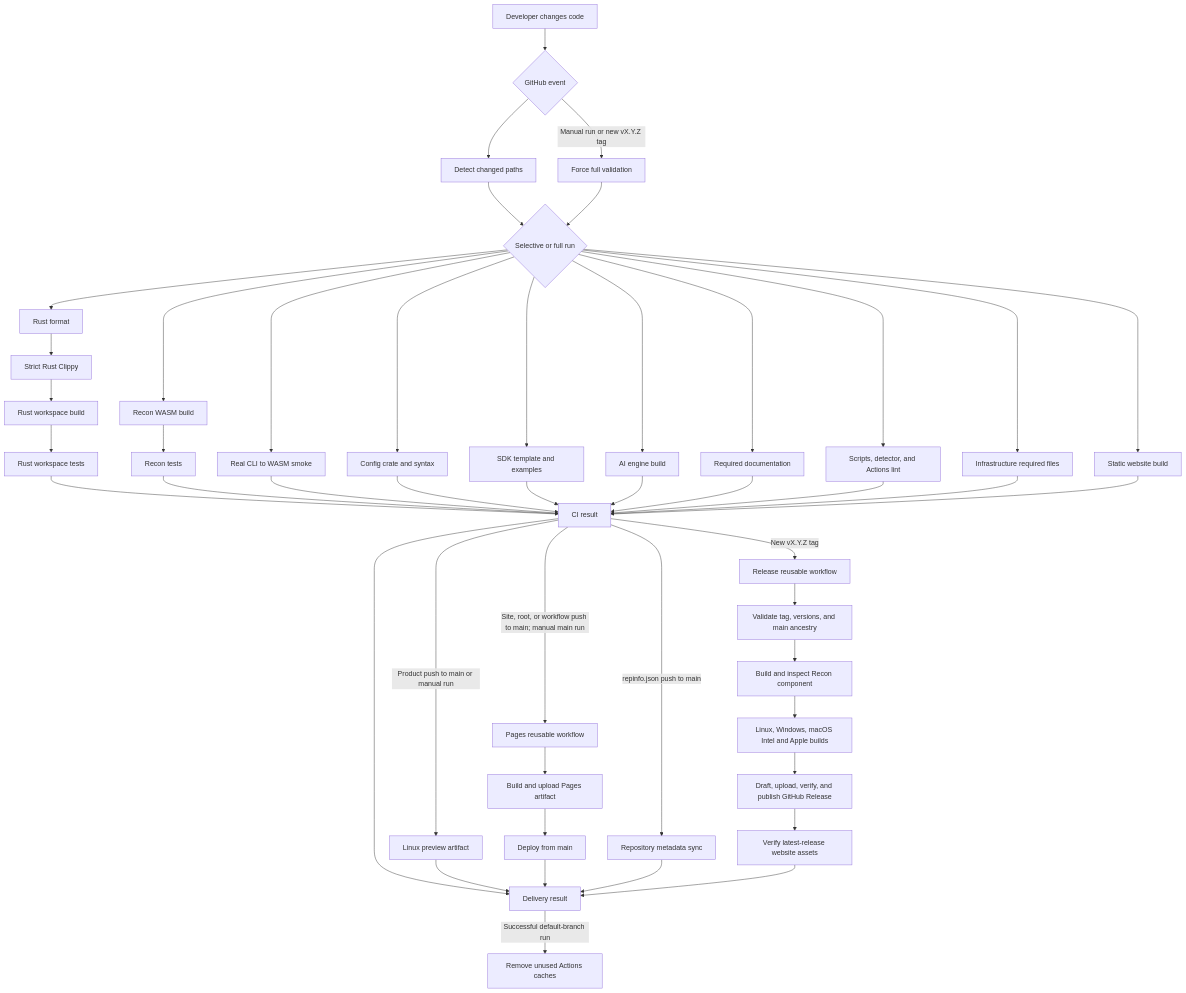
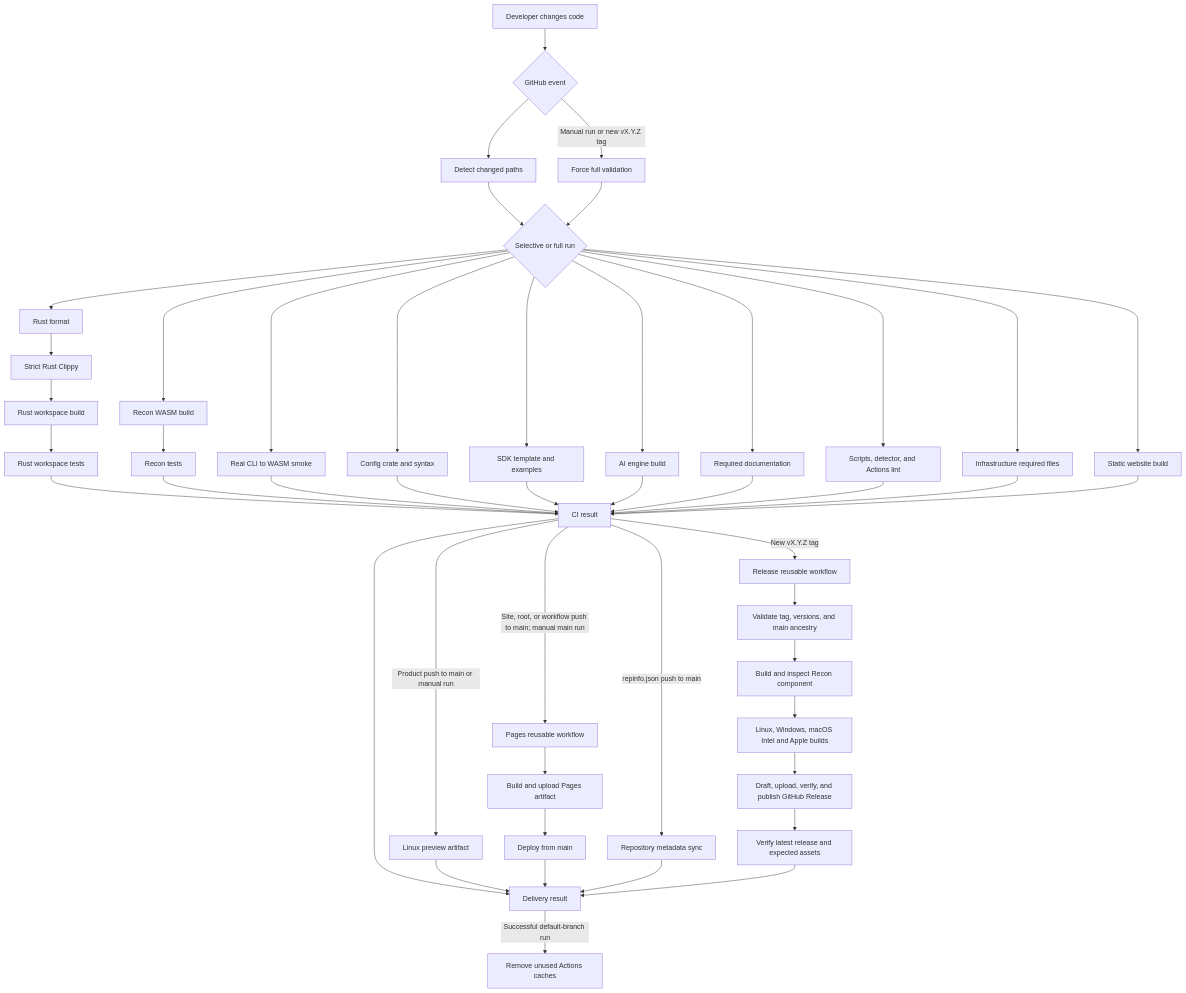
The diagram in docs/development/CI_DELIVERY.md (anonto42/poly.glid_security_workspace), drawn with Mermaid before and after one commit. The commit also changed other lines of this file and 21 other files, not shown here.

````diff
--- a/docs/development/CI_DELIVERY.md
+++ b/docs/development/CI_DELIVERY.md
@@ -10,55 +10,55 @@
 ```mermaid
 flowchart TD
     Change[Developer changes code] --> Event{GitHub event}
     Event --> Detect[Detect changed paths]
     Detect --> Scope{Selective or full run}
     Event -->|Manual run or new vX.Y.Z tag| Full[Force full validation]
     Full --> Scope
 
     Scope --> Format[Rust format]
     Format --> Clippy[Strict Rust Clippy]
     Clippy --> Build[Rust workspace build]
     Build --> Tests[Rust workspace tests]
 
     Scope --> WasmBuild[Recon WASM build]
     WasmBuild --> WasmTests[Recon tests]
     Scope --> Smoke[Real CLI to WASM smoke]
     Scope --> Config[Config crate and syntax]
     Scope --> SDK[SDK template and examples]
     Scope --> AI[AI engine build]
     Scope --> Docs[Required documentation]
     Scope --> Ops[Scripts, detector, and Actions lint]
     Scope --> Infra[Infrastructure required files]
     Scope --> Site[Static website build]
 
     Tests --> Result[CI result]
     WasmTests --> Result
     Smoke --> Result
     Config --> Result
     SDK --> Result
     AI --> Result
     Docs --> Result
     Ops --> Result
     Infra --> Result
     Site --> Result
 
     Result --> Delivery[Delivery result]
     Result -->|Product push to main or manual run| Preview[Linux preview artifact]
     Result -->|Site, root, or workflow push to main; manual main run| Pages[Pages reusable workflow]
     Result -->|repinfo.json push to main| Metadata[Repository metadata sync]
     Result -->|New vX.Y.Z tag| Release[Release reusable workflow]
 
     Pages --> PagesBuild[Build and upload Pages artifact]
     PagesBuild --> PagesDeploy[Deploy from main]
     Release --> Preflight[Validate tag, versions, and main ancestry]
     Preflight --> Plugin[Build and inspect Recon component]
     Plugin --> Matrix[Linux, Windows, macOS Intel and Apple builds]
     Matrix --> Publish[Draft, upload, verify, and publish GitHub Release]
-    Publish --> VerifyLatest[Verify latest-release website assets]
+    Publish --> VerifyLatest[Verify latest release and expected assets]
 
     Preview --> Delivery
     PagesDeploy --> Delivery
     Metadata --> Delivery
     VerifyLatest --> Delivery
     Delivery -->|Successful default-branch run| Cache[Remove unused Actions caches]
 ```
````
